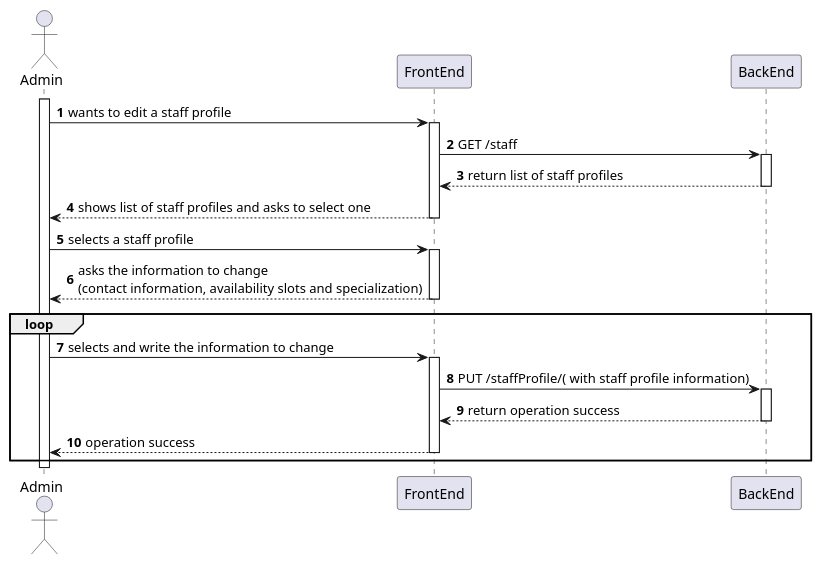
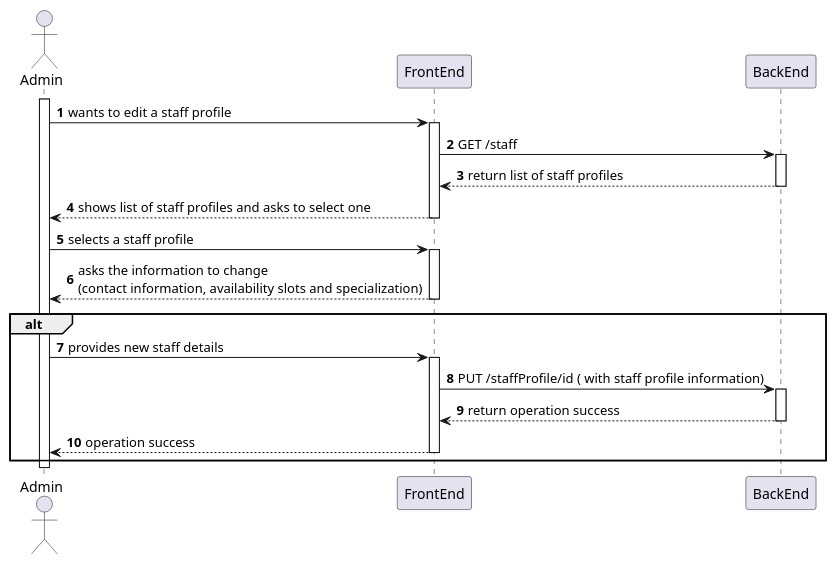
The diagram in docs/SprintA/22-edit-staff's-profile/level2/process-view.puml (MiguelCardoso77/SurgicalSync-BackEnd), drawn with PlantUML before and after one commit. The commit also changed 1 other file, not shown here.

```diff
--- a/docs/SprintA/22-edit-staff's-profile/level2/process-view.puml
+++ b/docs/SprintA/22-edit-staff's-profile/level2/process-view.puml
@@ -1,44 +1,44 @@
 @startuml
 autonumber
 
 actor "Admin" as USER
 
 participant "FrontEnd" as FE
 participant "BackEnd" as BE
 
 activate USER
 
     USER -> FE : wants to edit a staff profile 
     activate FE
     
     FE -> BE : GET /staff
     activate BE
     
     BE --> FE : return list of staff profiles 
     deactivate BE
     
     FE --> USER : shows list of staff profiles and asks to select one
     deactivate FE
 
     USER -> FE : selects a staff profile 
     activate FE
     
     FE --> USER : asks the information to change  \n(contact information, availability slots and specialization)
     deactivate FE
     
-    loop  
-    USER -> FE : selects and write the information to change
+    alt   
+    USER -> FE : provides new staff details
     activate FE
     
-    FE -> BE : PUT /staffProfile/( with staff profile information)
+    FE -> BE : PUT /staffProfile/id ( with staff profile information)
     activate BE
     
     BE --> FE : return operation success
     deactivate BE
     
     FE --> USER: operation success
     deactivate FE
     end 
 deactivate USER
 
 @enduml
```
